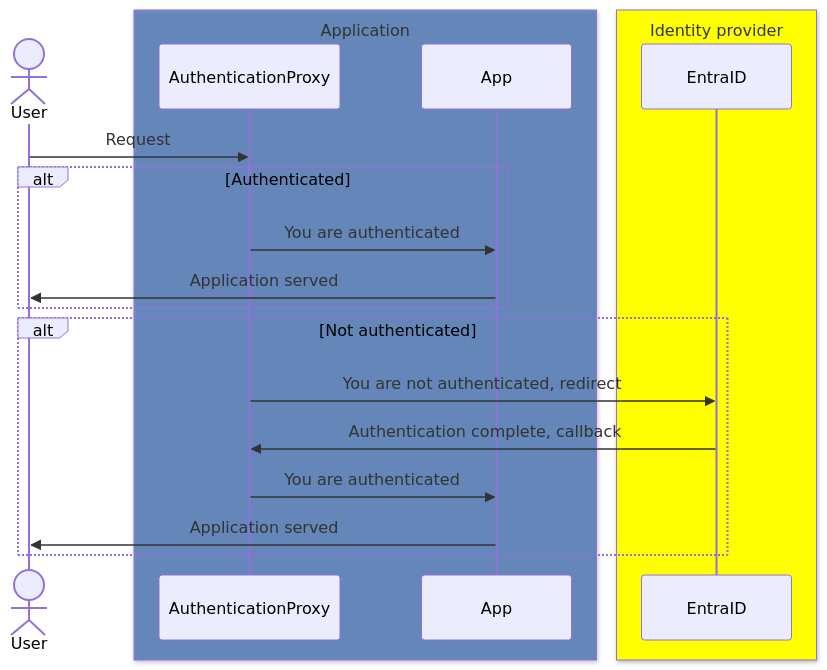
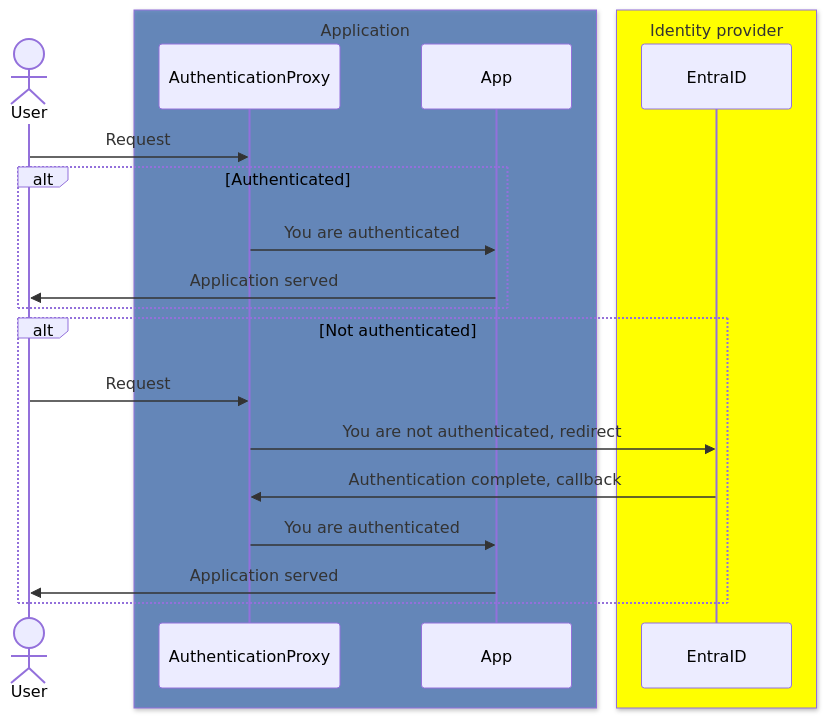
The diagram in README.md (pettermk/authz-authn-primer), drawn with Mermaid before and after one commit. The commit also changed other lines of this file, not shown here.

````diff
--- a/README.md
+++ b/README.md
@@ -116,23 +124,24 @@
 ```mermaid
 sequenceDiagram
     actor User
     box rgba(75, 118, 181, 0.8) Application
     participant AuthenticationProxy
     participant App
     end
     box yellow Identity provider
     participant EntraID
     end
 
     User->>AuthenticationProxy: Request
     alt Authenticated
     AuthenticationProxy->> App: You are authenticated
     App->> User: Application served
     end
     alt Not authenticated
+    User->>AuthenticationProxy: Request
     AuthenticationProxy->> EntraID: You are not authenticated, redirect
     EntraID->> AuthenticationProxy: Authentication complete, callback
     AuthenticationProxy->> App: You are authenticated
     App->> User: Application served
     end
 ```
````
